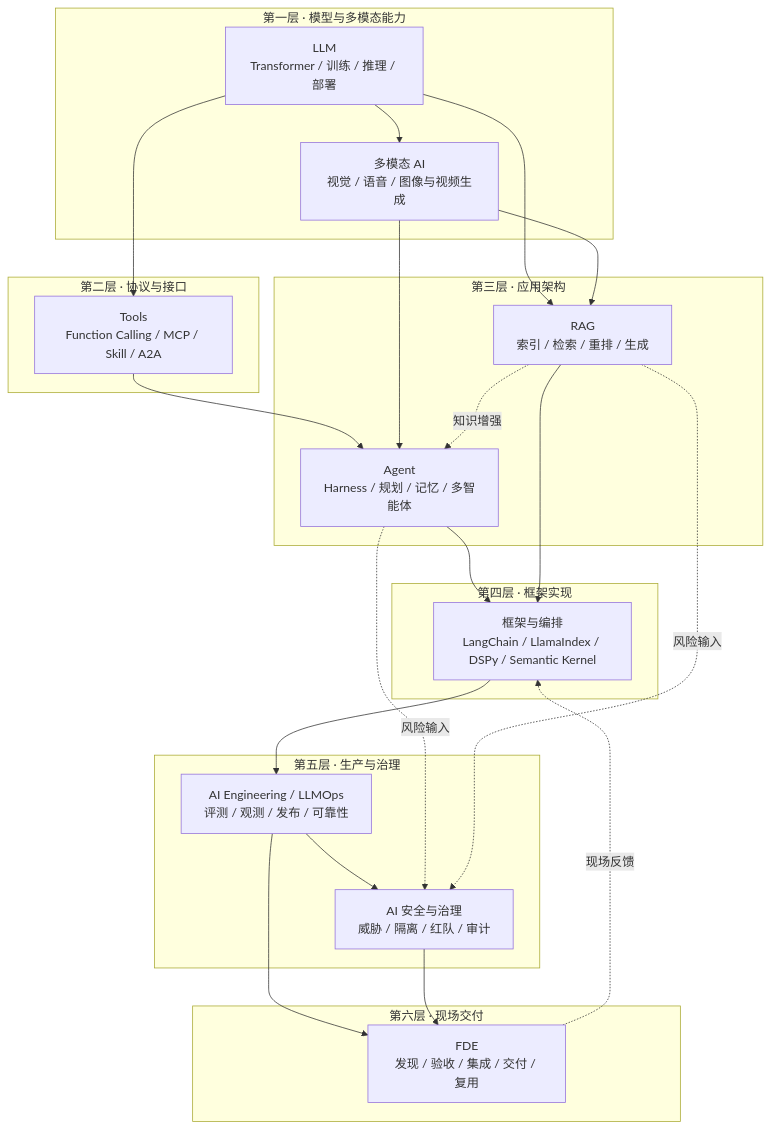
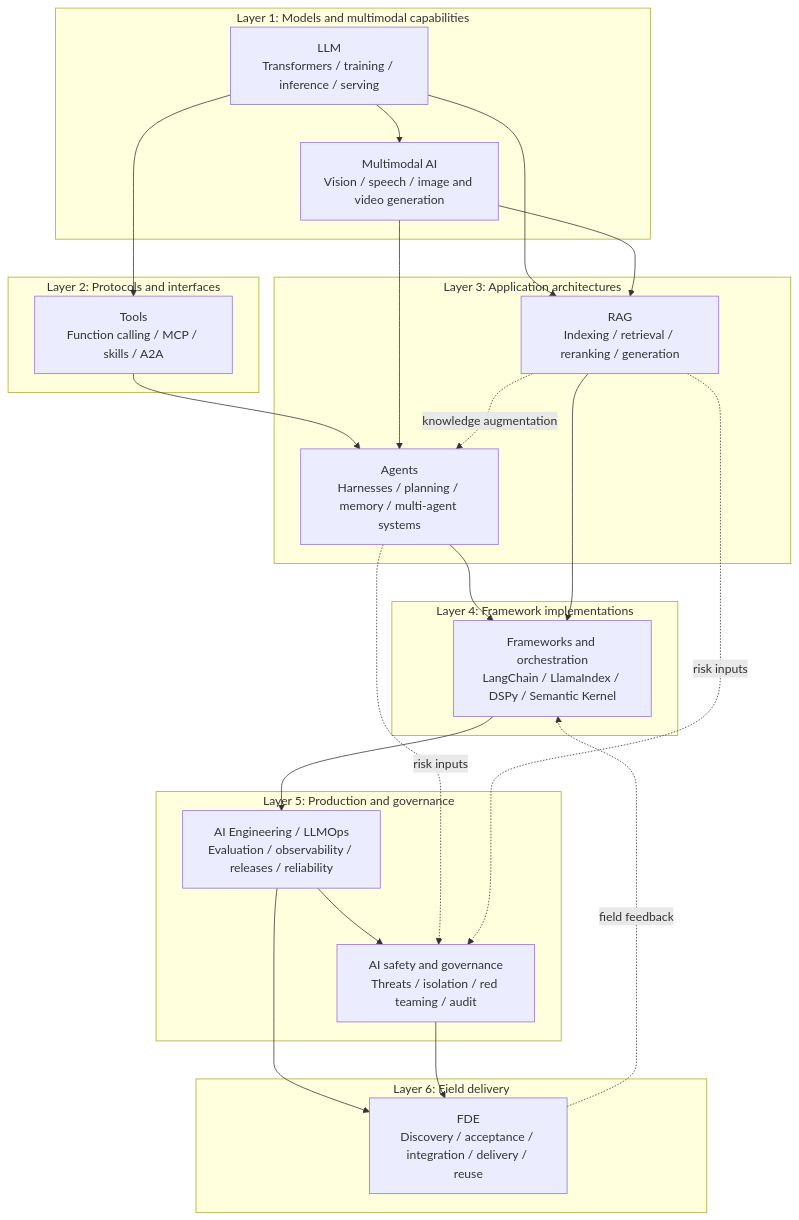
The diagram in docs/README.md (oneleaveknowsthefall/awesome-ai-roadmap), drawn with Mermaid before and after one commit. The commit also changed other lines of this file and 203 other files, not shown here.

````diff
--- a/docs/README.md
+++ b/docs/README.md
@@ -16,46 +16,46 @@
 ```mermaid
 flowchart TB
-    subgraph L1["第一层 · 模型与多模态能力"]
-        LLM["LLM<br/>Transformer / 训练 / 推理 / 部署"]
-        MM["多模态 AI<br/>视觉 / 语音 / 图像与视频生成"]
+    subgraph L1["Layer 1: Models and multimodal capabilities"]
+        LLM["LLM<br/>Transformers / training / inference / serving"]
+        MM["Multimodal AI<br/>Vision / speech / image and video generation"]
     end
 
-    subgraph L2["第二层 · 协议与接口"]
-        TOOLS["Tools<br/>Function Calling / MCP / Skill / A2A"]
+    subgraph L2["Layer 2: Protocols and interfaces"]
+        TOOLS["Tools<br/>Function calling / MCP / skills / A2A"]
     end
 
-    subgraph L3["第三层 · 应用架构"]
-        AGENT["Agent<br/>Harness / 规划 / 记忆 / 多智能体"]
-        RAG["RAG<br/>索引 / 检索 / 重排 / 生成"]
+    subgraph L3["Layer 3: Application architectures"]
+        AGENT["Agents<br/>Harnesses / planning / memory / multi-agent systems"]
+        RAG["RAG<br/>Indexing / retrieval / reranking / generation"]
     end
 
-    subgraph L4["第四层 · 框架实现"]
-        FW["框架与编排<br/>LangChain / LlamaIndex / DSPy / Semantic Kernel"]
+    subgraph L4["Layer 4: Framework implementations"]
+        FW["Frameworks and orchestration<br/>LangChain / LlamaIndex / DSPy / Semantic Kernel"]
     end
 
-    subgraph L5["第五层 · 生产与治理"]
-        ENG["AI Engineering / LLMOps<br/>评测 / 观测 / 发布 / 可靠性"]
-        SAFE["AI 安全与治理<br/>威胁 / 隔离 / 红队 / 审计"]
+    subgraph L5["Layer 5: Production and governance"]
+        ENG["AI Engineering / LLMOps<br/>Evaluation / observability / releases / reliability"]
+        SAFE["AI safety and governance<br/>Threats / isolation / red teaming / audit"]
     end
 
-    subgraph L6["第六层 · 现场交付"]
-        FDE["FDE<br/>发现 / 验收 / 集成 / 交付 / 复用"]
+    subgraph L6["Layer 6: Field delivery"]
+        FDE["FDE<br/>Discovery / acceptance / integration / delivery / reuse"]
     end
 
     LLM --> MM
     LLM --> TOOLS
     TOOLS --> AGENT
     LLM --> RAG
     MM --> AGENT
     MM --> RAG
     AGENT --> FW
     RAG --> FW
     FW --> ENG
     ENG --> SAFE
     ENG --> FDE
     SAFE --> FDE
-    FDE -.现场反馈.-> FW
-    AGENT -.风险输入.-> SAFE
-    RAG -.风险输入.-> SAFE
-    RAG -.知识增强.-> AGENT
+    FDE -.field feedback.-> FW
+    AGENT -.risk inputs.-> SAFE
+    RAG -.risk inputs.-> SAFE
+    RAG -.knowledge augmentation.-> AGENT
 ```
````
